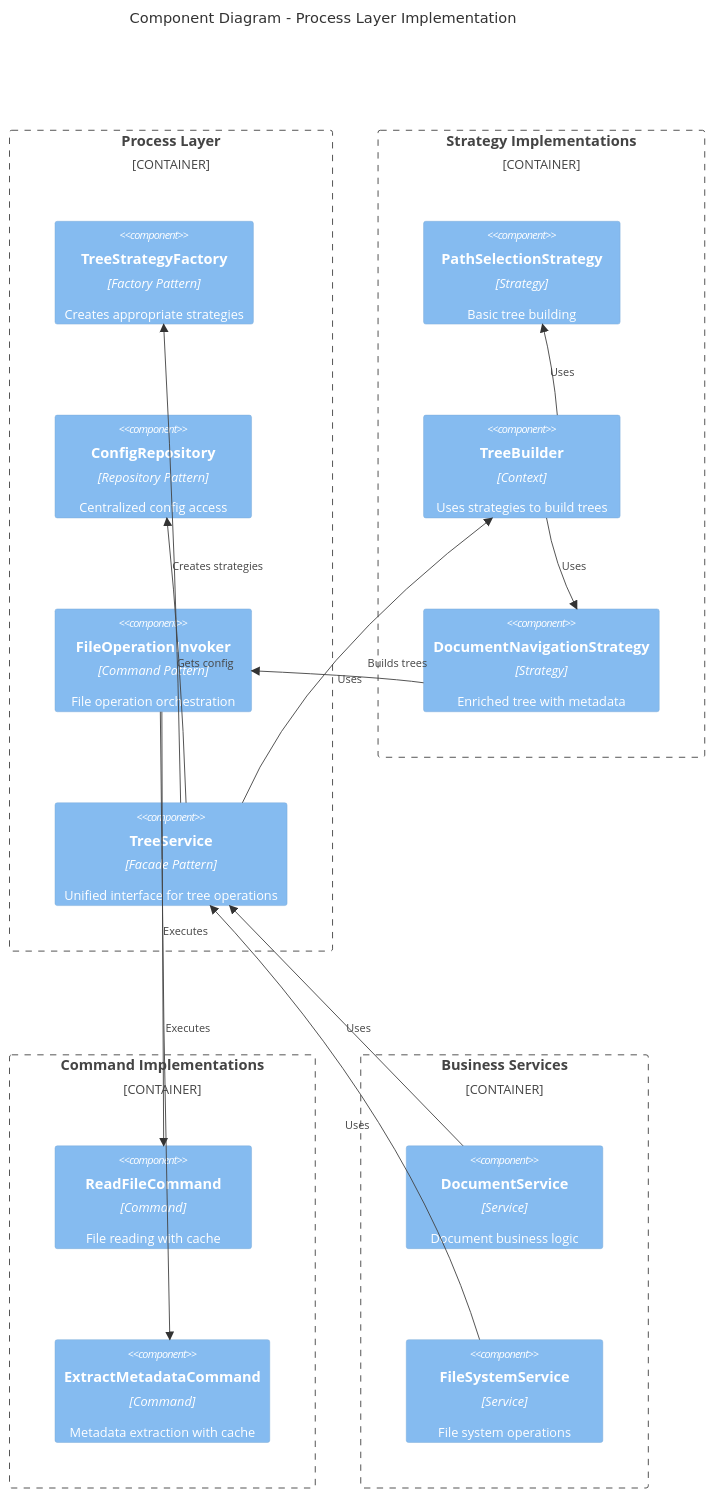
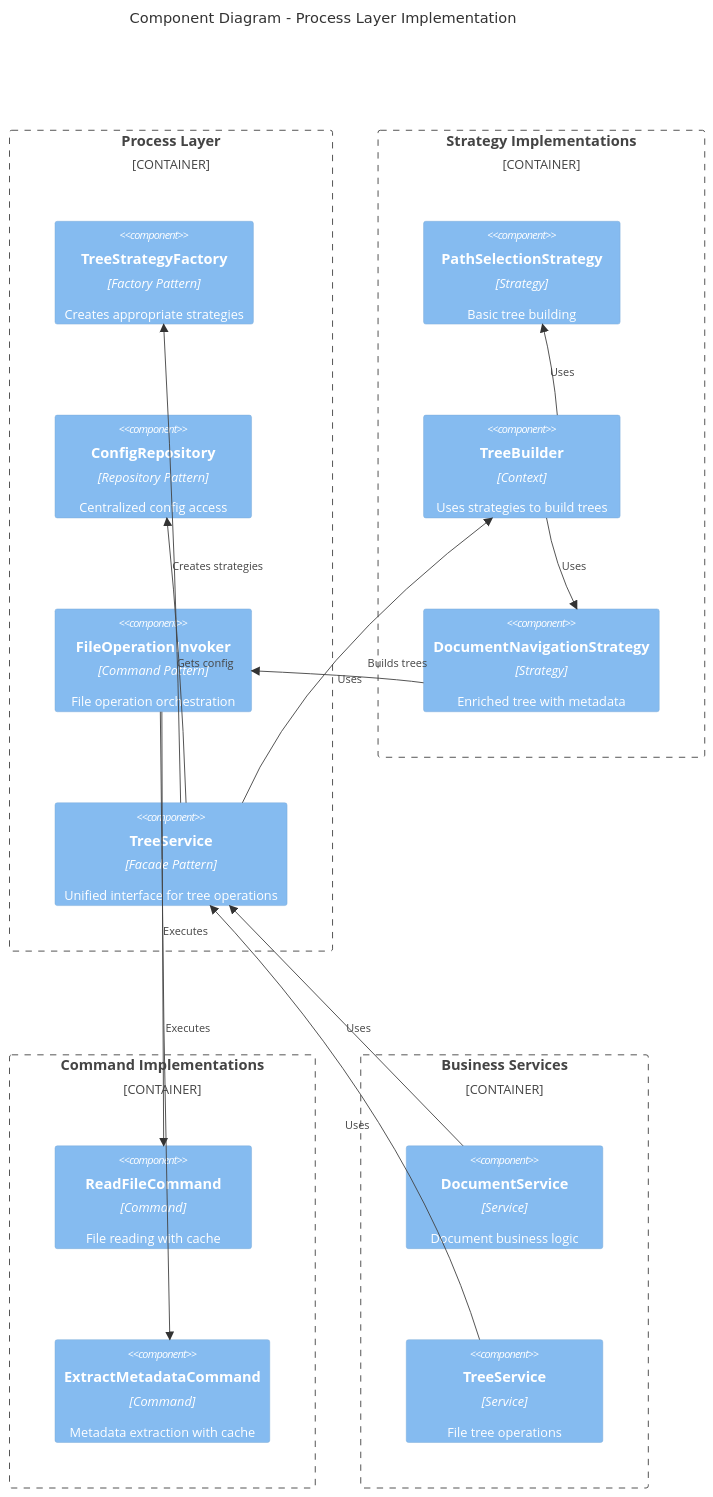
One commit to andkirby/markdown-ticket changed the third of 4 diagrams in docs/CRs/MDT-063-design-pattern-refactoring-architecture-decision-r.md. Above: the diagram before and after it, drawn with Mermaid. The commit also changed 15 other files, not shown here.

First line of the commit message:
refactor(MDT-141): Remove legacy FileSystemService and related code

````diff
--- a/docs/CRs/MDT-063-design-pattern-refactoring-architecture-decision-r.md
+++ b/docs/CRs/MDT-063-design-pattern-refactoring-architecture-decision-r.md
@@ -81,38 +81,38 @@
 ```mermaid
 C4Component
     title Component Diagram - Process Layer Implementation
 
     Container_Boundary(patterns, "Process Layer") {
         Component(strategy_factory, "TreeStrategyFactory", "Factory Pattern", "Creates appropriate strategies")
         Component(config_repo, "ConfigRepository", "Repository Pattern", "Centralized config access")
         Component(file_invoker, "FileOperationInvoker", "Command Pattern", "File operation orchestration")
         Component(facade, "TreeService", "Facade Pattern", "Unified interface for tree operations")
     }
 
     Container_Boundary(strategies, "Strategy Implementations") {
         Component(path_strategy, "PathSelectionStrategy", "Strategy", "Basic tree building")
         Component(tree_builder, "TreeBuilder", "Context", "Uses strategies to build trees")
         Component(doc_strategy, "DocumentNavigationStrategy", "Strategy", "Enriched tree with metadata")
     }
 
     Container_Boundary(commands, "Command Implementations") {
         Component(read_cmd, "ReadFileCommand", "Command", "File reading with cache")
         Component(metadata_cmd, "ExtractMetadataCommand", "Command", "Metadata extraction with cache")
     }
 
     Container_Boundary(services, "Business Services") {
         Component(doc_service, "DocumentService", "Service", "Document business logic")
-        Component(fs_service, "FileSystemService", "Service", "File system operations")
+        Component(tree_service, "TreeService", "Service", "File tree operations")
     }
 
     Rel(doc_service, facade, "Uses")
-    Rel(fs_service, facade, "Uses")
+    Rel(tree_service, facade, "Uses")
     Rel(facade, strategy_factory, "Creates strategies")
     Rel(facade, config_repo, "Gets config")
     Rel(facade, tree_builder, "Builds trees")
     Rel(tree_builder, path_strategy, "Uses")
     Rel(tree_builder, doc_strategy, "Uses")
     Rel(doc_strategy, file_invoker, "Uses")
     Rel(file_invoker, read_cmd, "Executes")
     Rel(file_invoker, metadata_cmd, "Executes")
 ```
````
